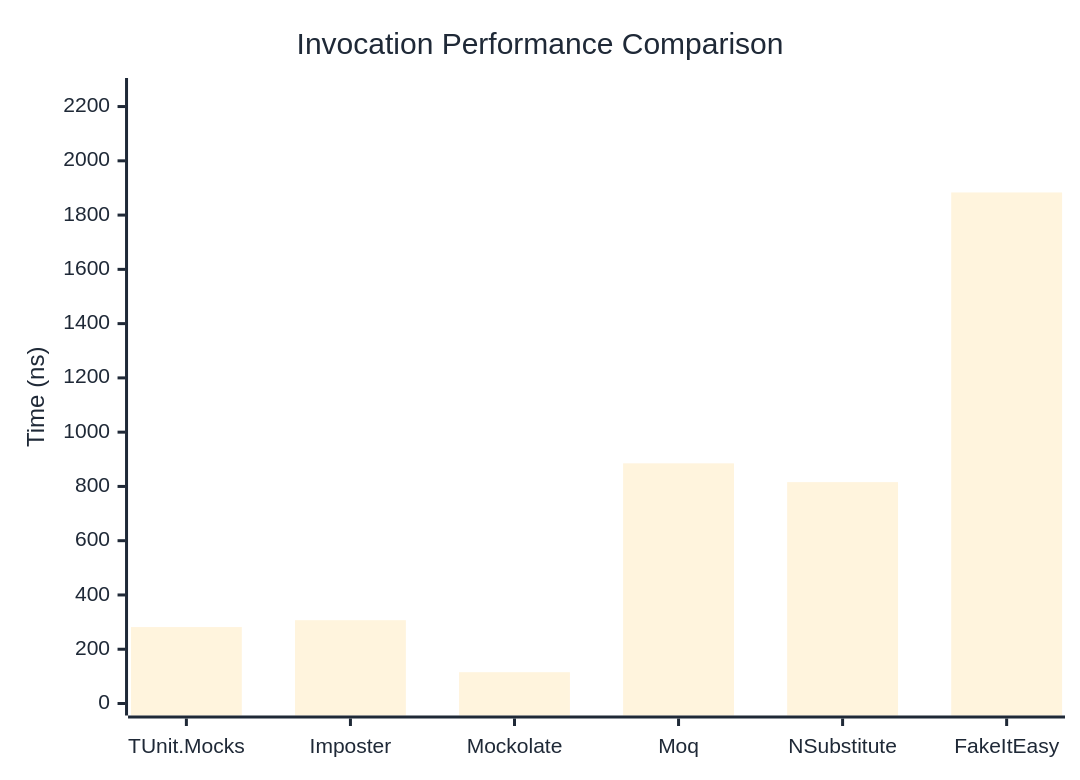
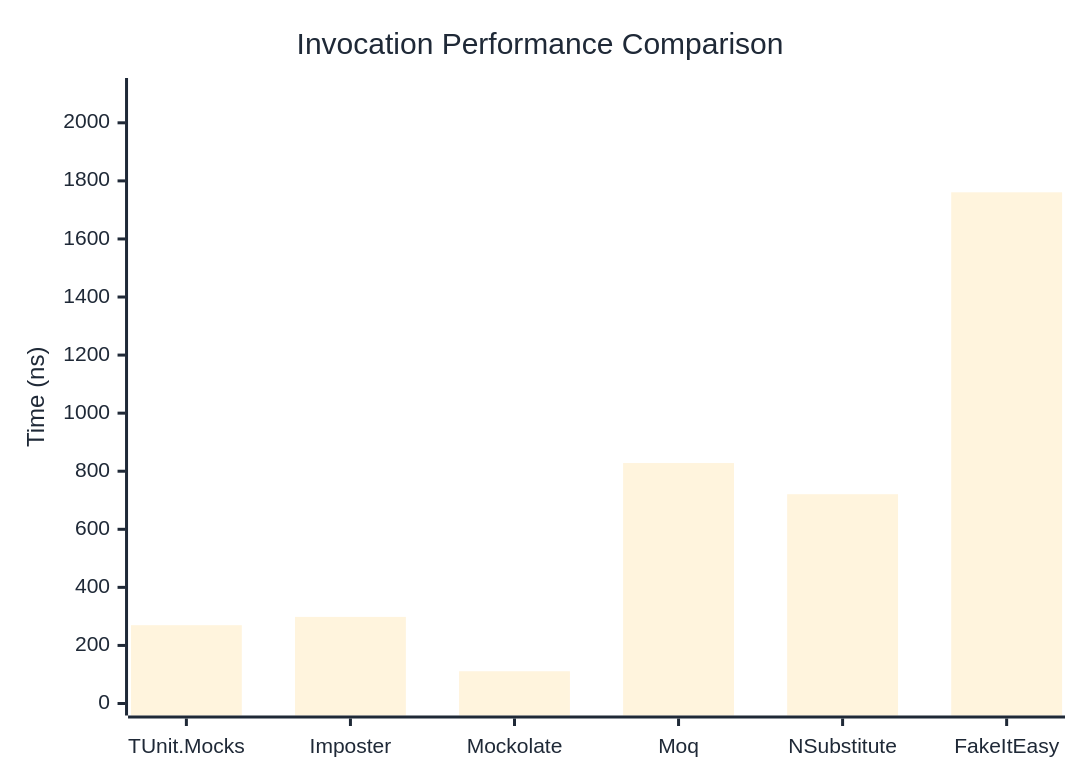
Before and after one commit to thomhurst/TUnit: the first of 3 diagrams in docs/docs/benchmarks/mocks/Invocation.md, drawn with Mermaid. The commit also changed other lines of this file and 14 other files, not shown here.

````diff
--- a/docs/docs/benchmarks/mocks/Invocation.md
+++ b/docs/docs/benchmarks/mocks/Invocation.md
@@ -30,27 +30,27 @@
 ```mermaid
 %%{init: {
   'theme':'base',
   'themeVariables': {
     'primaryColor': '#2563eb',
     'primaryTextColor': '#1f2937',
     'primaryBorderColor': '#1e40af',
     'lineColor': '#6b7280',
     'secondaryColor': '#7c3aed',
     'tertiaryColor': '#dc2626',
     'background': '#ffffff',
     'pie1': '#2563eb',
     'pie2': '#7c3aed',
     'pie3': '#dc2626',
     'pie4': '#f59e0b',
     'pie5': '#10b981',
     'pie6': '#06b6d4',
     'pie7': '#ec4899',
     'pie8': '#6366f1'
   }
 }}%%
 xychart-beta
   title "Invocation Performance Comparison"
   x-axis ["TUnit.Mocks", "Imposter", "Mockolate", "Moq", "NSubstitute", "FakeItEasy"]
-  y-axis "Time (ns)" 0 --> 2261
-  bar [281.7, 307, 115.4, 885.1, 815.8, 1883.4]
+  y-axis "Time (ns)" 0 --> 2113
+  bar [269.68, 298.26, 111.08, 828.17, 720.82, 1760.65]
 ```
````
